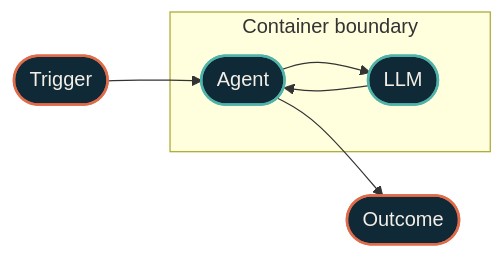
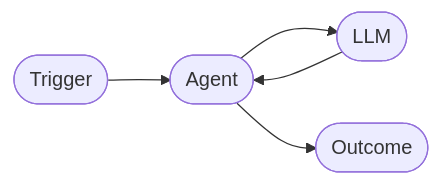
Before and after one commit to dryvist/docs: the second of 2 diagrams in autonomous-agents/overview.mdx, drawn with Mermaid. The commit also changed other lines of this file and 3 other files, not shown here.

````diff
--- a/autonomous-agents/overview.mdx
+++ b/autonomous-agents/overview.mdx
@@ -30,26 +42,13 @@
 ```mermaid
 %%{init: {"theme":"base","look":"handDrawn","themeVariables":{"primaryColor":"#123a36","primaryTextColor":"#f4efe6","primaryBorderColor":"#4fb3a9","lineColor":"#4fb3a9","secondaryColor":"#0b1d2a","tertiaryColor":"#16293a","clusterBkg":"#08151f","clusterBorder":"#4fb3a9","fontFamily":"'Geist Sans', system-ui, -apple-system, BlinkMacSystemFont, 'Segoe UI', Roboto, sans-serif","fontSize":"14px"}}}%%
 flowchart LR
   classDef src fill:#16293a,stroke:#e06b4a,stroke-width:2px,color:#f4efe6;
   classDef ai fill:#16293a,stroke:#e06b4a,stroke-width:2px,color:#f4efe6;
   classDef gate fill:#16293a,stroke:#e06b4a,stroke-width:2.5px,color:#f4efe6;
   classDef hop fill:#16293a,stroke:#4fb3a9,stroke-width:2px,color:#f4efe6;
   classDef host fill:#16293a,stroke:#4fb3a9,stroke-width:2px,color:#f4efe6;
   classDef sink fill:#16293a,stroke:#f4efe6,stroke-width:2px,color:#f4efe6;
   classDef auto fill:#16293a,stroke:#f4efe6,stroke-width:1.5px,color:#f4efe6;
   classDef external fill:#16293a,stroke:#e6b35a,stroke-width:2px,color:#f4efe6;
-  T([Trigger])
-  subgraph C[Container boundary]
-    A([Agent])
-    L([LLM])
-  end
-  O([Outcome])
-
-  T --> A --> L --> A --> O
-
-  classDef ext   fill:#102937,stroke:#E06B4A,stroke-width:2px,color:#F4EFE6;
-  classDef inner fill:#102937,stroke:#4FB3A9,stroke-width:2px,color:#F4EFE6;
-
-  class T,O ext
-  class A,L inner
+  T([Trigger]) --> A([Agent]) --> L([LLM]) --> A --> O([Outcome])
 ```
````
